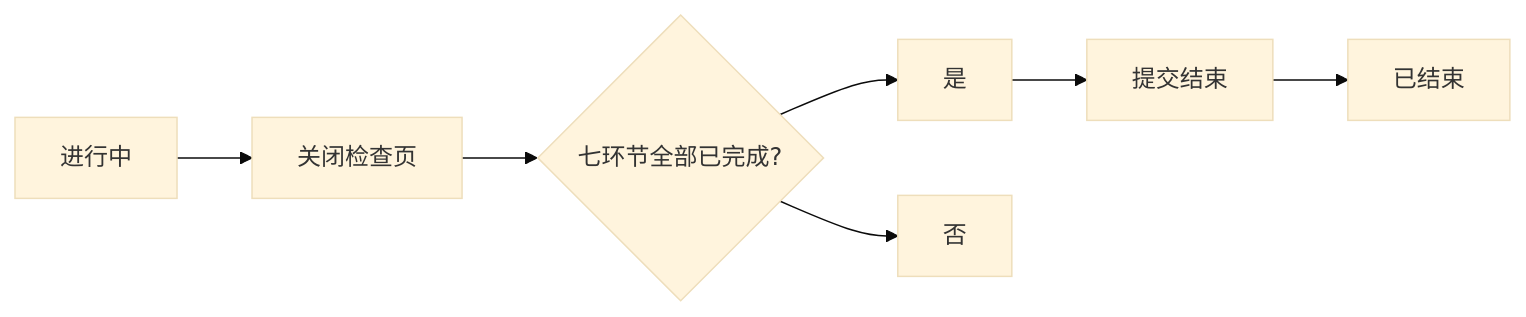
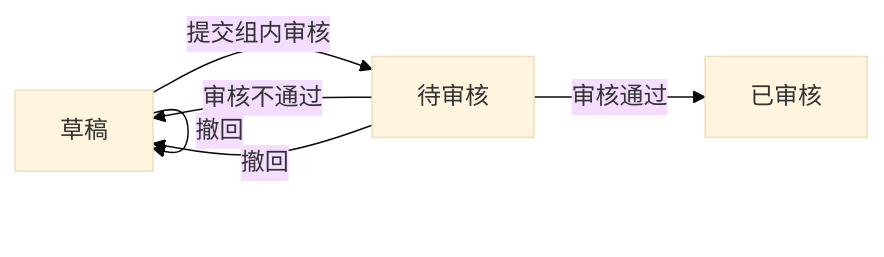
One commit to loengchiu/ShitPM2 changed the sixth of 7 diagrams in test-fixture/output/prd/prd.md. Above: the diagram before and after it, drawn with Mermaid (base theme). The commit also changed other lines of this file and 19 other files, not shown here.

````diff
--- a/test-fixture/output/prd/prd.md
+++ b/test-fixture/output/prd/prd.md
@@ -853,9 +612,8 @@
 ```mermaid
 flowchart LR
-    A[进行中] --> B[关闭检查页]
-    B --> C{七环节全部已完成?}
-    C --> D[是]
-    C --> E[否]
-    D --> F[提交结束]
-    F --> G[已结束]
+    A[草稿] -->|提交组内审核| B[待审核]
+    B -->|审核通过| C[已审核]
+    B -->|审核不通过| A
+    B -->|撤回| A
+    A -->|撤回| A
 ```
````
